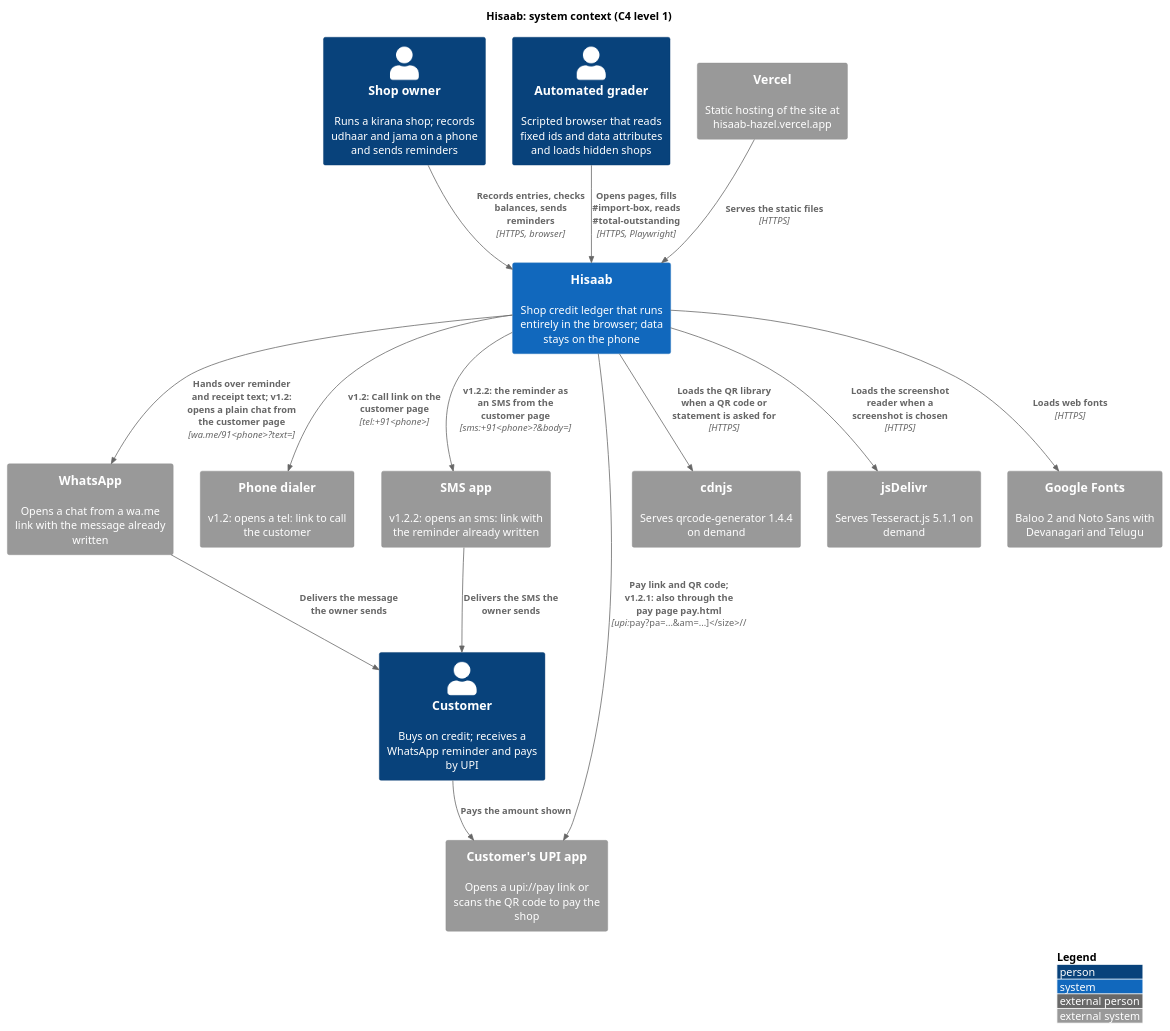
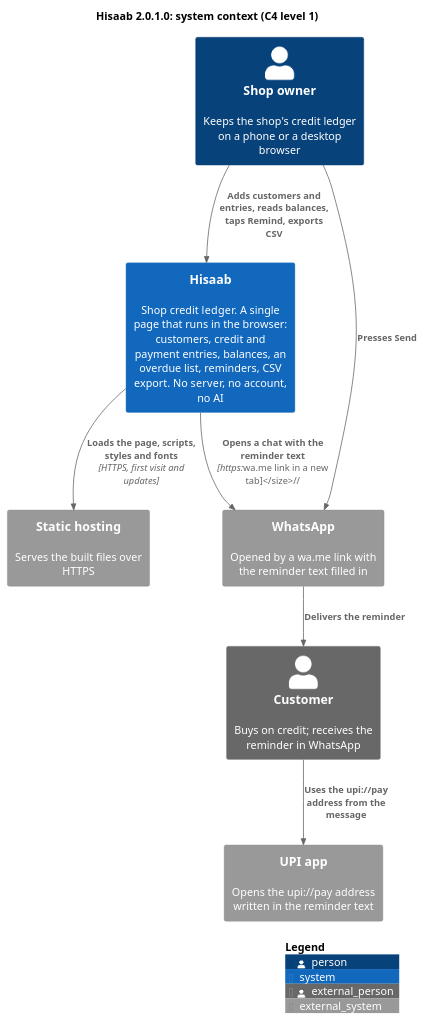
One commit to karwasanjay007/hisaab-docs changed the diagram in docs/diagrams/c4-context.puml. Above: the diagram before and after it, drawn with PlantUML. The commit also changed 54 other files, not shown here.

First line of the commit message:
Version 2.0.1.0: every document, journey and diagram rewritten from the rebuilt code

```diff
--- a/docs/diagrams/c4-context.puml
+++ b/docs/diagrams/c4-context.puml
@@ -1,35 +1,22 @@
 @startuml c4-context
 !include <C4/C4_Context>
-title Hisaab: system context (C4 level 1)
+title Hisaab 2.0.1.0: system context (C4 level 1)
 
-Person(owner, "Shop owner", "Runs a kirana shop; records udhaar and jama on a phone and sends reminders")
-Person(customer, "Customer", "Buys on credit; receives a WhatsApp reminder and pays by UPI")
-Person(grader, "Automated grader", "Scripted browser that reads fixed ids and data attributes and loads hidden shops")
+Person(owner, "Shop owner", "Keeps the shop's credit ledger on a phone or a desktop browser")
+Person_Ext(customer, "Customer", "Buys on credit; receives the reminder in WhatsApp")
 
-System(hisaab, "Hisaab", "Shop credit ledger that runs entirely in the browser; data stays on the phone")
+System(hisaab, "Hisaab", "Shop credit ledger. A single page that runs in the browser: customers, credit and payment entries, balances, an overdue list, reminders, CSV export. No server, no account, no AI")
 
-System_Ext(whatsapp, "WhatsApp", "Opens a chat from a wa.me link with the message already written")
-System_Ext(dialer, "Phone dialer", "v1.2: opens a tel: link to call the customer")
-System_Ext(sms, "SMS app", "v1.2.2: opens an sms: link with the reminder already written")
-System_Ext(upi, "Customer's UPI app", "Opens a upi://pay link or scans the QR code to pay the shop")
-System_Ext(vercel, "Vercel", "Static hosting of the site at hisaab-hazel.vercel.app")
-System_Ext(cdnjs, "cdnjs", "Serves qrcode-generator 1.4.4 on demand")
-System_Ext(jsdelivr, "jsDelivr", "Serves Tesseract.js 5.1.1 on demand")
-System_Ext(fonts, "Google Fonts", "Baloo 2 and Noto Sans with Devanagari and Telugu")
+System_Ext(host, "Static hosting", "Serves the built files over HTTPS")
+System_Ext(whatsapp, "WhatsApp", "Opened by a wa.me link with the reminder text filled in")
+System_Ext(upi, "UPI app", "Opens the upi://pay address written in the reminder text")
 
-Rel(owner, hisaab, "Records entries, checks balances, sends reminders", "HTTPS, browser")
-Rel(grader, hisaab, "Opens pages, fills #import-box, reads #total-outstanding", "HTTPS, Playwright")
-Rel(hisaab, whatsapp, "Hands over reminder and receipt text; v1.2: opens a plain chat from the customer page", "wa.me/91<phone>?text=")
-Rel(hisaab, dialer, "v1.2: Call link on the customer page", "tel:+91<phone>")
-Rel(hisaab, sms, "v1.2.2: the reminder as an SMS from the customer page", "sms:+91<phone>?&body=")
-Rel(sms, customer, "Delivers the SMS the owner sends")
-Rel(whatsapp, customer, "Delivers the message the owner sends")
-Rel(customer, upi, "Pays the amount shown")
-Rel(hisaab, upi, "Pay link and QR code; v1.2.1: also through the pay page pay.html", "upi://pay?pa=...&am=...")
-Rel(vercel, hisaab, "Serves the static files", "HTTPS")
-Rel(hisaab, cdnjs, "Loads the QR library when a QR code or statement is asked for", "HTTPS")
-Rel(hisaab, jsdelivr, "Loads the screenshot reader when a screenshot is chosen", "HTTPS")
-Rel(hisaab, fonts, "Loads web fonts", "HTTPS")
+Rel(owner, hisaab, "Adds customers and entries, reads balances, taps Remind, exports CSV")
+Rel(hisaab, host, "Loads the page, scripts, styles and fonts", "HTTPS, first visit and updates")
+Rel(hisaab, whatsapp, "Opens a chat with the reminder text", "https://wa.me link in a new tab")
+Rel(owner, whatsapp, "Presses Send")
+Rel(whatsapp, customer, "Delivers the reminder")
+Rel(customer, upi, "Uses the upi://pay address from the message")
 
-LAYOUT_WITH_LEGEND()
+SHOW_LEGEND()
 @enduml
```
